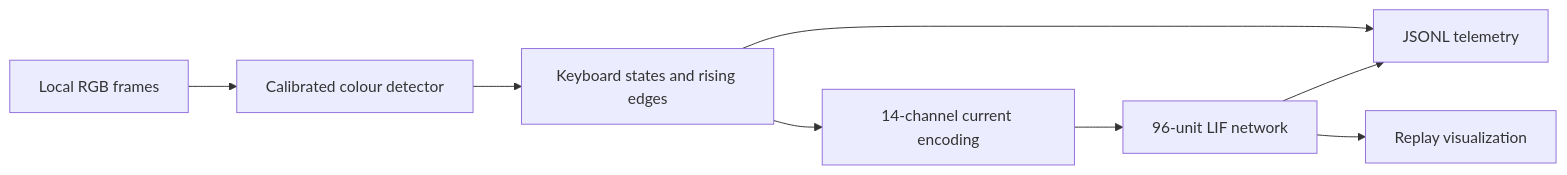
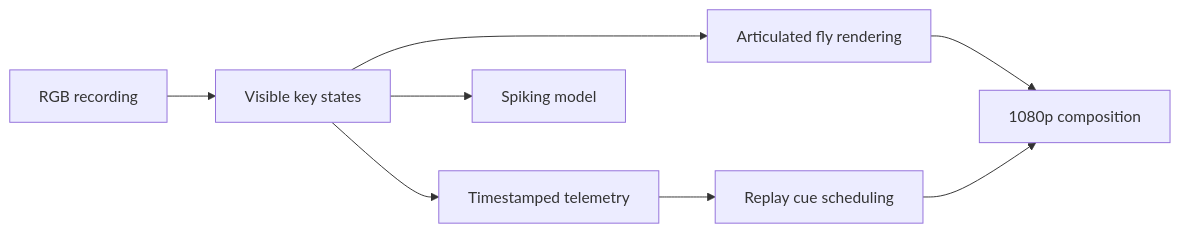
Before and after one commit to bubblik525/elden_ring: the diagram in README.md, drawn with Mermaid. The commit also changed other lines of this file and 11 other files, not shown here.

````diff
--- a/README.md
+++ b/README.md
@@ -37,10 +59,10 @@
 ```mermaid
 flowchart LR
-  A[Local RGB frames] --> B[Calibrated colour detector]
-  B --> C[Keyboard states and rising edges]
-  C --> D[14-channel current encoding]
-  D --> E[96-unit LIF network]
-  C --> F[JSONL telemetry]
-  E --> F
-  E --> G[Replay visualization]
+  V[RGB recording] --> K[Visible key states]
+  K --> T[Timestamped telemetry]
+  K --> N[Spiking model]
+  K --> F[Articulated fly rendering]
+  T --> C[Replay cue scheduling]
+  F --> R[1080p composition]
+  C --> R
 ```
````
